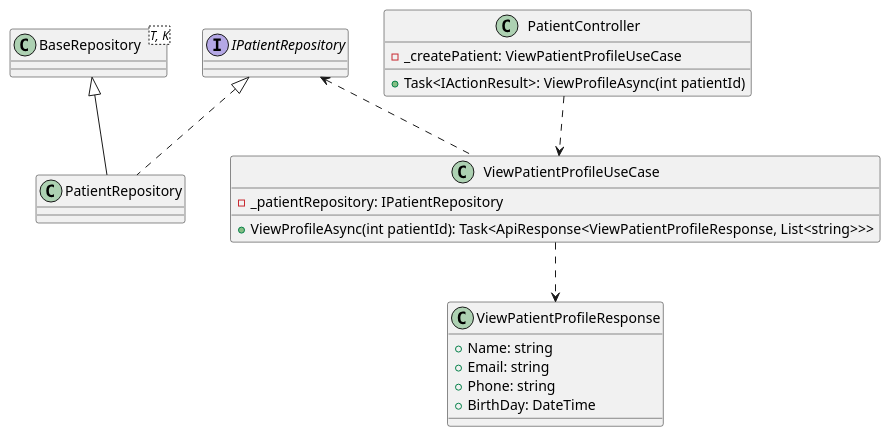
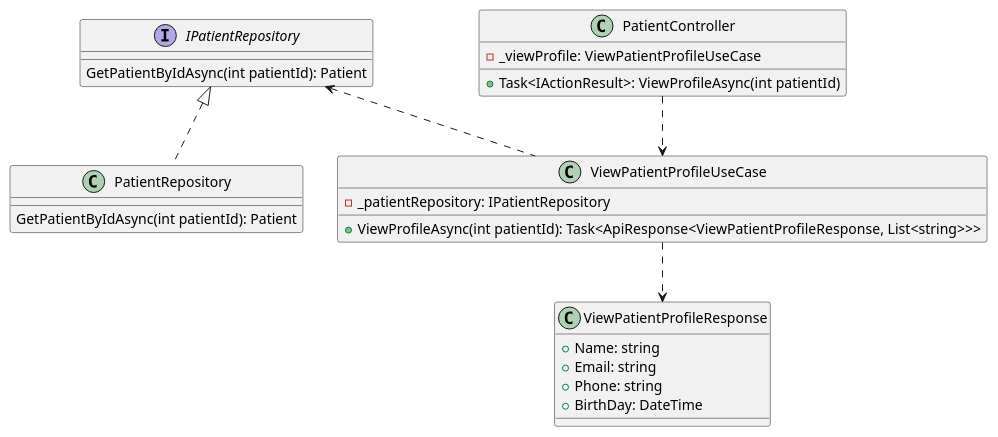
The diagram in ClassDiagram/Patient/ViewPatientProfile.puml (jang1902/SEP490_Sequence), drawn with PlantUML before and after one commit. The commit also changed 8 other files, not shown here.

```diff
--- a/ClassDiagram/Patient/ViewPatientProfile.puml
+++ b/ClassDiagram/Patient/ViewPatientProfile.puml
@@ -1,33 +1,33 @@
 @startuml
-interface IPatientRepository
-
-class BaseRepository<T, K>
+interface IPatientRepository{
+GetPatientByIdAsync(int patientId): Patient
+}
 
 class PatientRepository {
+GetPatientByIdAsync(int patientId): Patient
 }
 
 class ViewPatientProfileUseCase {
   -  _patientRepository: IPatientRepository
 + ViewProfileAsync(int patientId): Task<ApiResponse<ViewPatientProfileResponse, List<string>>>
 }
 
 
 class PatientController {
-  -  _createPatient: ViewPatientProfileUseCase
+  -  _viewProfile: ViewPatientProfileUseCase
   +  Task<IActionResult>: ViewProfileAsync(int patientId)
 }
 
 class ViewPatientProfileResponse{
 +  Name: string
 +  Email: string
 +  Phone: string
 +  BirthDay: DateTime
 }
-BaseRepository <|-- PatientRepository
 IPatientRepository <|.. PatientRepository
 IPatientRepository <.. ViewPatientProfileUseCase
 
 PatientController ..> ViewPatientProfileUseCase
 ViewPatientProfileUseCase ..> ViewPatientProfileResponse
 
 @enduml
```
